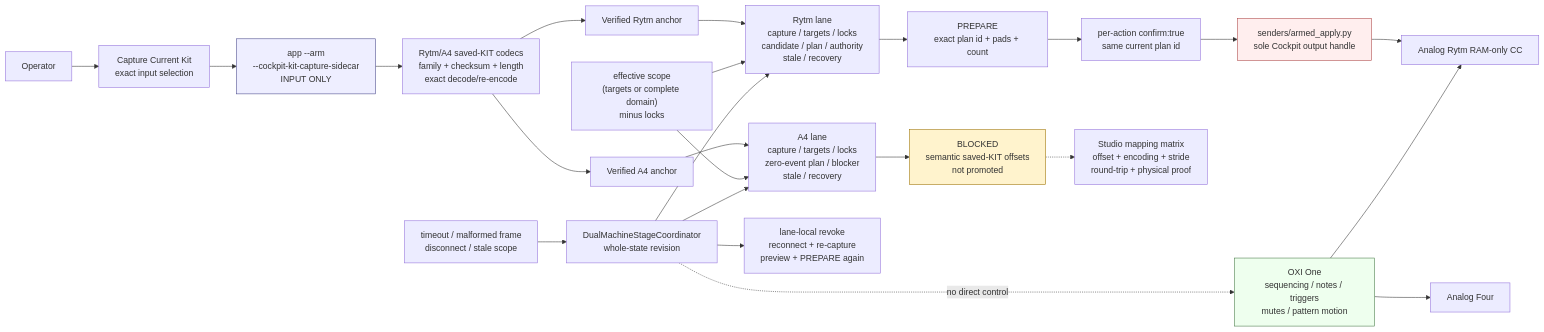
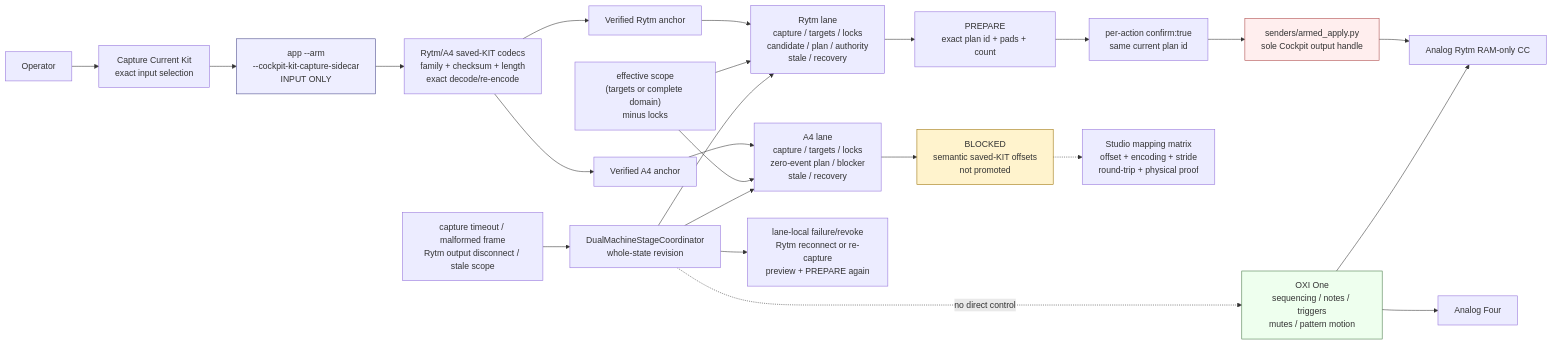
Before and after one commit to buzzijose-hub/RytmRandomizer: diagram 35 of 35 in docs/ARCHITECTURE_DIAGRAMS.md, drawn with Mermaid. The commit also changed other lines of this file and 63 other files, not shown here.

````diff
--- a/docs/ARCHITECTURE_DIAGRAMS.md
+++ b/docs/ARCHITECTURE_DIAGRAMS.md
@@ -3046,37 +3064,37 @@
 ```mermaid
 flowchart LR
     Operator["Operator"] --> CaptureUI["Capture Current Kit<br/>exact input selection"]
     CaptureUI --> InputBoundary["app --arm<br/>--cockpit-kit-capture-sidecar<br/>INPUT ONLY"]
     InputBoundary --> Codecs["Rytm/A4 saved-KIT codecs<br/>family + checksum + length<br/>exact decode/re-encode"]
 
     Codecs --> RytmAnchor["Verified Rytm anchor"]
     Codecs --> A4Anchor["Verified A4 anchor"]
 
     RytmAnchor --> RytmLane["Rytm lane<br/>capture / targets / locks<br/>candidate / plan / authority<br/>stale / recovery"]
     A4Anchor --> A4Lane["A4 lane<br/>capture / targets / locks<br/>zero-event plan / blocker<br/>stale / recovery"]
 
     Scope["effective scope<br/>(targets or complete domain)<br/>minus locks"] --> RytmLane
     Scope --> A4Lane
     Coordinator["DualMachineStageCoordinator<br/>whole-state revision"] --> RytmLane
     Coordinator --> A4Lane
 
     RytmLane --> Prepare["PREPARE<br/>exact plan id + pads + count"]
     Prepare --> Confirm["per-action confirm:true<br/>same current plan id"]
     Confirm --> ArmedApply["senders/armed_apply.py<br/>sole Cockpit output handle"]
     ArmedApply --> Rytm["Analog Rytm RAM-only CC"]
 
     A4Lane --> A4Block["BLOCKED<br/>semantic saved-KIT offsets<br/>not promoted"]
     A4Block -.-> Mapping["Studio mapping matrix<br/>offset + encoding + stride<br/>round-trip + physical proof"]
 
     OXI["OXI One<br/>sequencing / notes / triggers<br/>mutes / pattern motion"] --> Rytm
     OXI --> A4["Analog Four"]
     Coordinator -.->|"no direct control"| OXI
 
-    Disconnect["timeout / malformed frame<br/>disconnect / stale scope"] --> Coordinator
-    Coordinator --> Recovery["lane-local revoke<br/>reconnect + re-capture<br/>preview + PREPARE again"]
+    Disconnect["capture timeout / malformed frame<br/>Rytm output disconnect / stale scope"] --> Coordinator
+    Coordinator --> Recovery["lane-local failure/revoke<br/>Rytm reconnect or re-capture<br/>preview + PREPARE again"]
 
     style InputBoundary fill:#eef,stroke:#448
     style ArmedApply fill:#fee,stroke:#a44
     style A4Block fill:#fff3cd,stroke:#997000
     style OXI fill:#efe,stroke:#474
 ```
````
